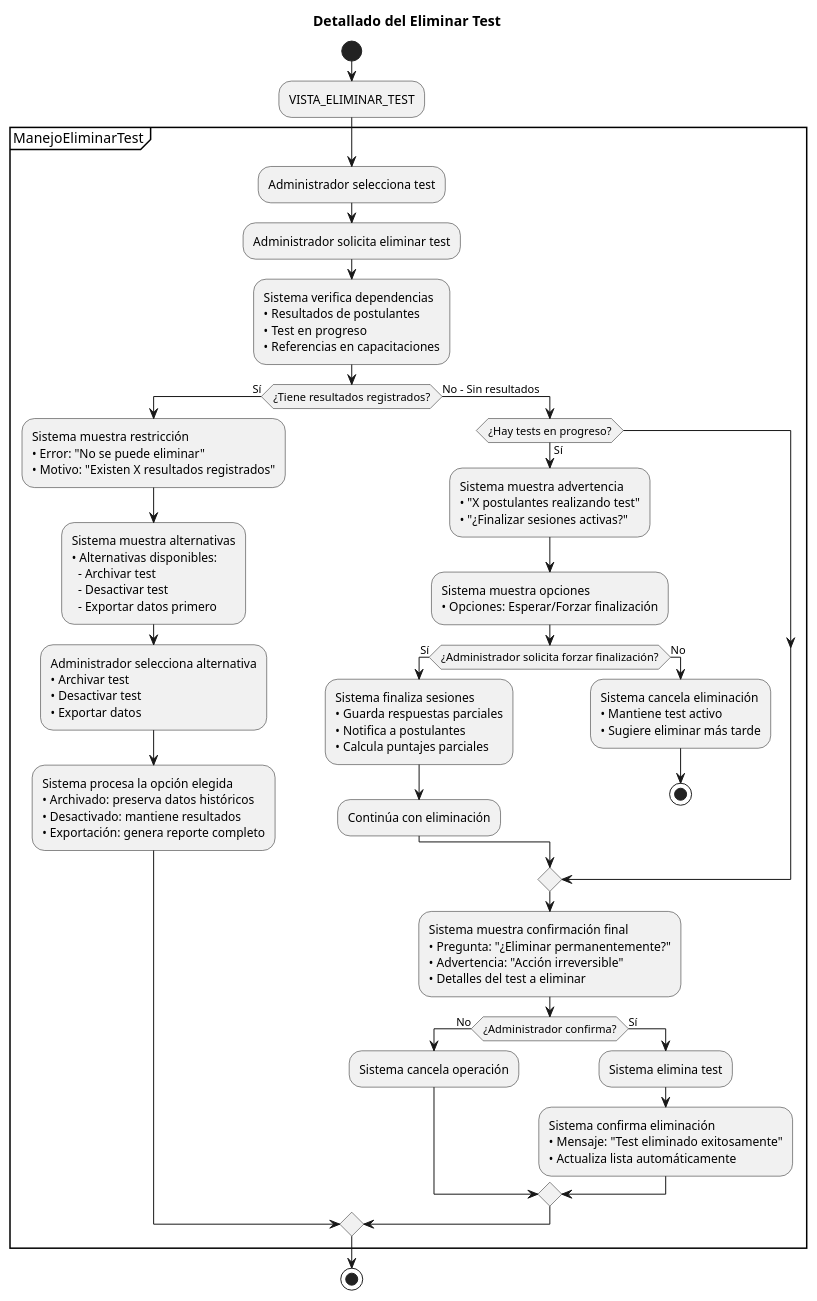
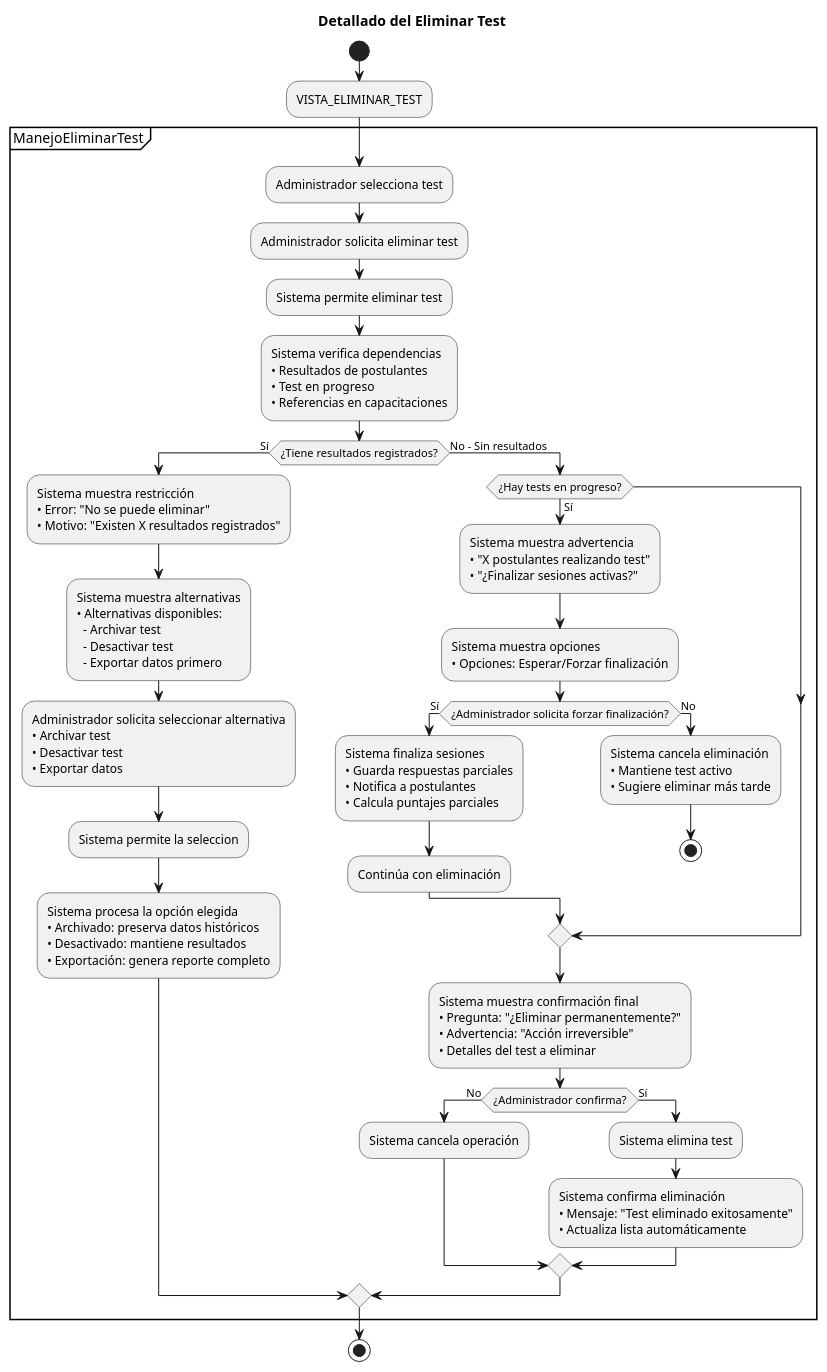
One commit to Dievex/24-25-IdSw1-SDR changed the diagram in casos_de_uso/diagramas_casos_de_uso_detallados/eliminar_test.puml. Above: the diagram before and after it, drawn with PlantUML. The commit also changed 9 other files, not shown here.

Commit message:
docs(use-case-diagrams): add system permission steps to detailed use case diagrams

```diff
--- a/casos_de_uso/diagramas_casos_de_uso_detallados/eliminar_test.puml
+++ b/casos_de_uso/diagramas_casos_de_uso_detallados/eliminar_test.puml
@@ -1,89 +1,93 @@
 @startuml
 title Detallado del Eliminar Test
 
 start
 
 :VISTA_ELIMINAR_TEST;
 
 partition ManejoEliminarTest {
   
   :Administrador selecciona test;
   :Administrador solicita eliminar test;
+  
+  :Sistema permite eliminar test;
   
   :Sistema verifica dependencias
   • Resultados de postulantes
   • Test en progreso
   • Referencias en capacitaciones;
   
   if (¿Tiene resultados registrados?) then (Sí)
     :Sistema muestra restricción
     • Error: "No se puede eliminar"
     • Motivo: "Existen X resultados registrados";
 
     :Sistema muestra alternativas
     • Alternativas disponibles:
       - Archivar test
       - Desactivar test
       - Exportar datos primero;
     
-    :Administrador selecciona alternativa
+    :Administrador solicita seleccionar alternativa
     • Archivar test
     • Desactivar test  
     • Exportar datos;
+
+    :Sistema permite la seleccion;
     
     :Sistema procesa la opción elegida
     • Archivado: preserva datos históricos
     • Desactivado: mantiene resultados
     • Exportación: genera reporte completo;
     
   else (No - Sin resultados)
     if (¿Hay tests en progreso?) then (Sí)
       :Sistema muestra advertencia
       • "X postulantes realizando test"
       • "¿Finalizar sesiones activas?";
 
       :Sistema muestra opciones
       • Opciones: Esperar/Forzar finalización;
       
       if (¿Administrador solicita forzar finalización?) then (Sí)
         :Sistema finaliza sesiones
         • Guarda respuestas parciales
         • Notifica a postulantes
         • Calcula puntajes parciales;
         
         :Continúa con eliminación;
         
       else (No)
         :Sistema cancela eliminación
         • Mantiene test activo
         • Sugiere eliminar más tarde;
         
         stop
         
       endif
       
     endif
     
     :Sistema muestra confirmación final
     • Pregunta: "¿Eliminar permanentemente?"
     • Advertencia: "Acción irreversible"
     • Detalles del test a eliminar;
     
     if (¿Administrador confirma?) then (No)
       :Sistema cancela operación;
       
     else (Sí)
       :Sistema elimina test;
      
       :Sistema confirma eliminación
       • Mensaje: "Test eliminado exitosamente"
       • Actualiza lista automáticamente;
       
     endif
     
   endif
   
 }
 
 stop
 @enduml
```
